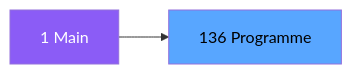
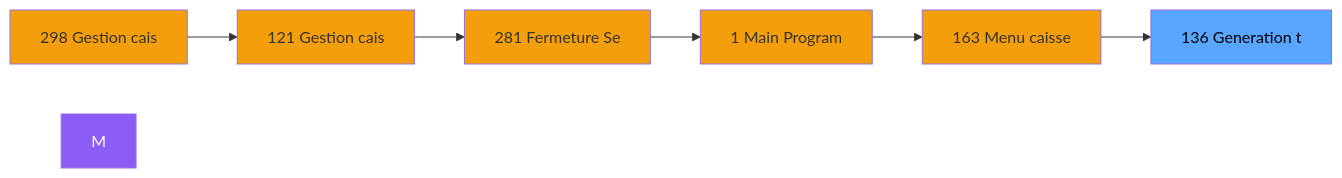
One commit to thonyAGP/magic-migration changed the second of 3 diagrams in .openspec/specs/ADH-IDE-136.md. Above: the diagram before and after it, drawn with Mermaid. The commit also changed other lines of this file and 323 other files, not shown here.

````diff
--- a/.openspec/specs/ADH-IDE-136.md
+++ b/.openspec/specs/ADH-IDE-136.md
@@ -100,8 +123,21 @@
 ```mermaid
 graph LR
-    M[1 Main]
-    T[136 Programme]
-    M --> T
+    N298[298 Gestion cais]
+    N121[121 Gestion cais]
+    N281[281 Fermeture Se]
+    N1[1 Main Program]
+    N163[163 Menu caisse ]
+    T[136 Generation t]
+    N298 --> N121
+    N121 --> N281
+    N281 --> N1
+    N1 --> N163
+    N163 --> T
     style M fill:#8b5cf6,color:#fff
+    style N298 fill:#f59e0b
+    style N121 fill:#f59e0b
+    style N281 fill:#f59e0b
+    style N1 fill:#f59e0b
+    style N163 fill:#f59e0b
     style T fill:#58a6ff,color:#000
 ```
````
